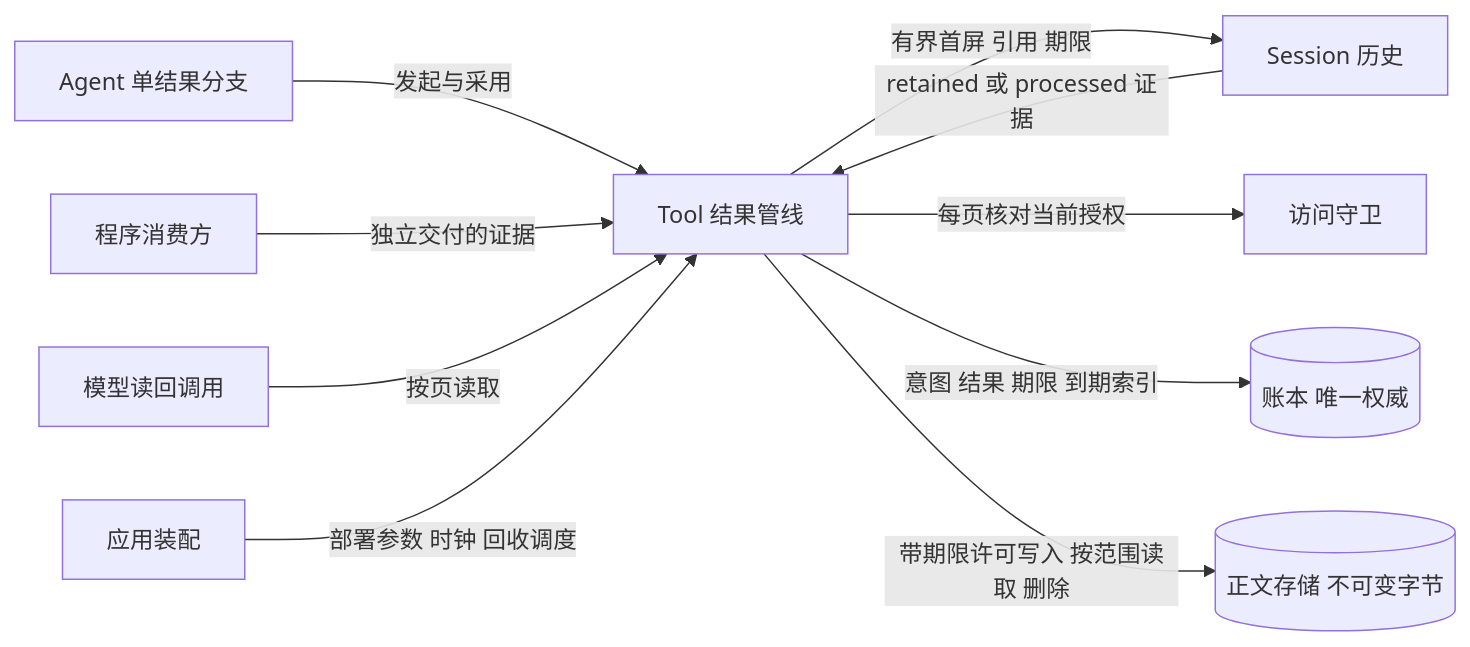
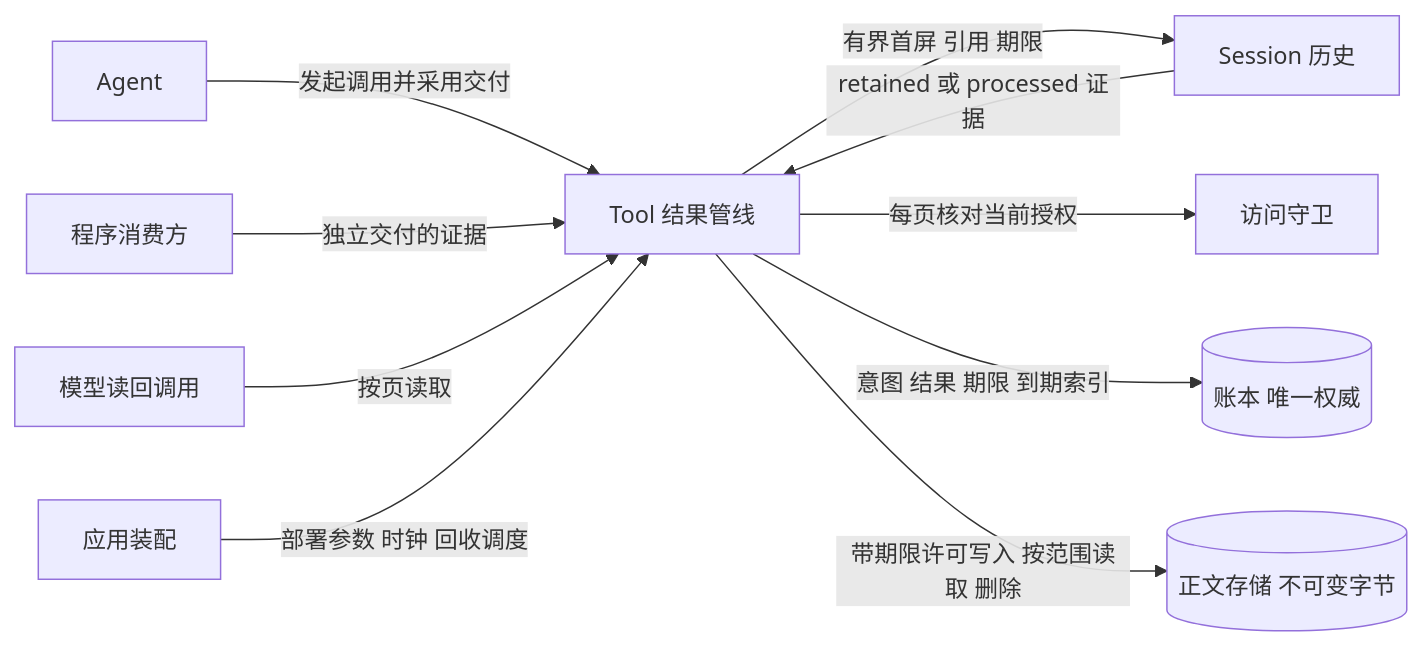
Before and after one commit to nemori-ai/omne-harness-lite: the second of 2 diagrams in docs/domains/tool-execution/architecture.md, drawn with Mermaid. The commit also changed other lines of this file and 29 other files, not shown here.

````diff
--- a/docs/domains/tool-execution/architecture.md
+++ b/docs/domains/tool-execution/architecture.md
@@ -104,12 +104,12 @@
 ```mermaid
 flowchart LR
-    Agent[Agent 单结果分支] -->|发起与采用| Tool[Tool 结果管线]
+    Agent[Agent] -->|发起调用并采用交付| Tool[Tool 结果管线]
     Tool -->|有界首屏 引用 期限| Session[Session 历史]
     Session -->|retained 或 processed 证据| Tool
     Program[程序消费方] -->|独立交付的证据| Tool
     Reader[模型读回调用] -->|按页读取| Tool
     Tool -->|每页核对当前授权| Guard[访问守卫]
     Tool -->|意图 结果 期限 到期索引| Ledger[(账本 唯一权威)]
     Tool -->|带期限许可写入 按范围读取 删除| Store[(正文存储 不可变字节)]
     Assembly[应用装配] -->|部署参数 时钟 回收调度| Tool
 ```
````
